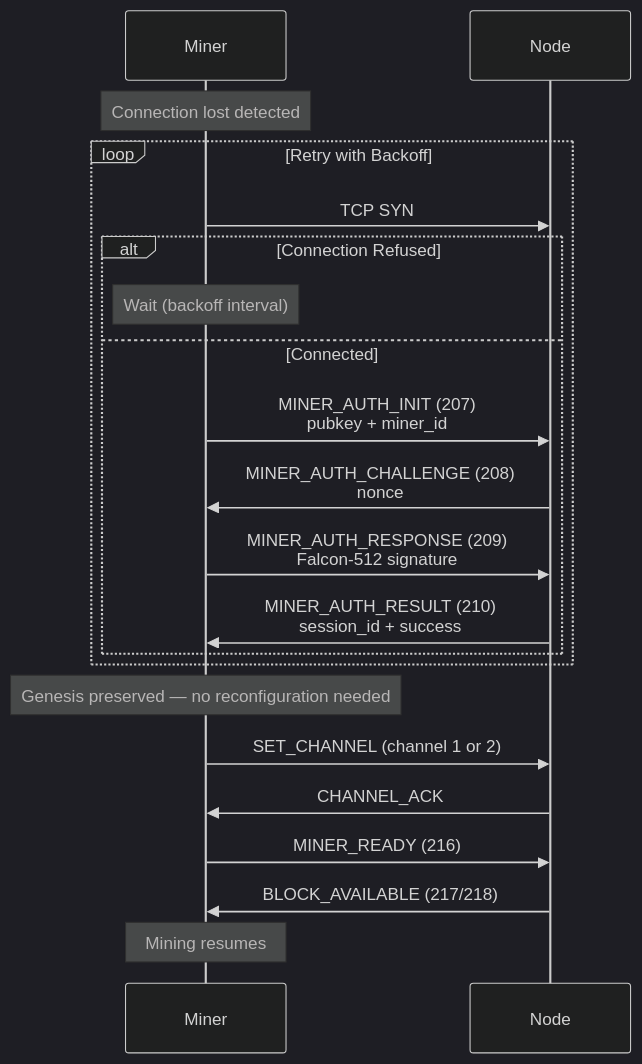
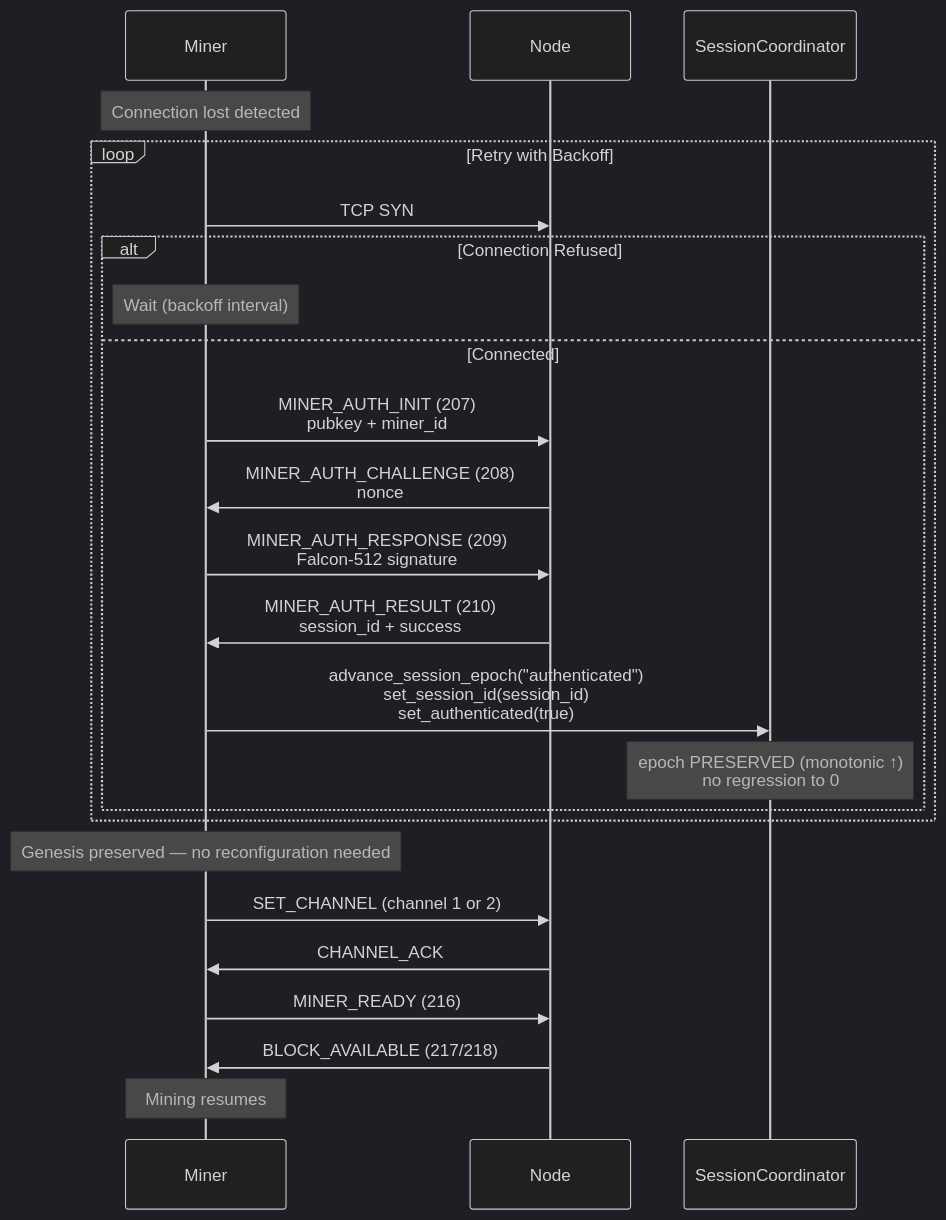
Before and after one commit to NamecoinGithub/NexusMiner: the second of 2 diagrams in docs/diagrams/mining-loops/connection-recovery.md, drawn with Mermaid (dark theme). The commit also changed other lines of this file and 4 other files, not shown here.

First line of the commit message:
docs: Add SessionCoordinator document with architecture diagram and update related docs

````diff
--- a/docs/diagrams/mining-loops/connection-recovery.md
+++ b/docs/diagrams/mining-loops/connection-recovery.md
@@ -24,28 +24,31 @@
 ```mermaid
 sequenceDiagram
     participant Miner
     participant Node
+    participant SC as SessionCoordinator
 
     Note over Miner: Connection lost detected
 
     loop Retry with Backoff
         Miner->>Node: TCP SYN
         alt Connection Refused
             Note over Miner: Wait (backoff interval)
         else Connected
             Miner->>Node: MINER_AUTH_INIT (207)<br/>pubkey + miner_id
             Node->>Miner: MINER_AUTH_CHALLENGE (208)<br/>nonce
             Miner->>Node: MINER_AUTH_RESPONSE (209)<br/>Falcon-512 signature
             Node->>Miner: MINER_AUTH_RESULT (210)<br/>session_id + success
+            Miner->>SC: advance_session_epoch("authenticated")<br/>set_session_id(session_id)<br/>set_authenticated(true)
+            Note over SC: epoch PRESERVED (monotonic ↑)<br/>no regression to 0
         end
     end
 
     Note over Miner: Genesis preserved — no reconfiguration needed
 
     Miner->>Node: SET_CHANNEL (channel 1 or 2)
     Node->>Miner: CHANNEL_ACK
     Miner->>Node: MINER_READY (216)
     Node->>Miner: BLOCK_AVAILABLE (217/218)
 
     Note over Miner: Mining resumes
 ```
````
